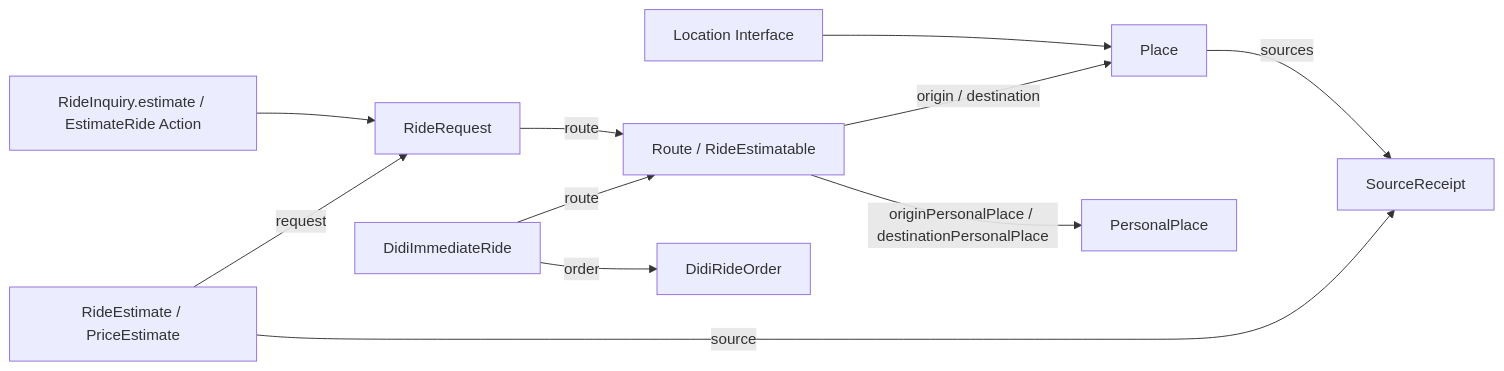
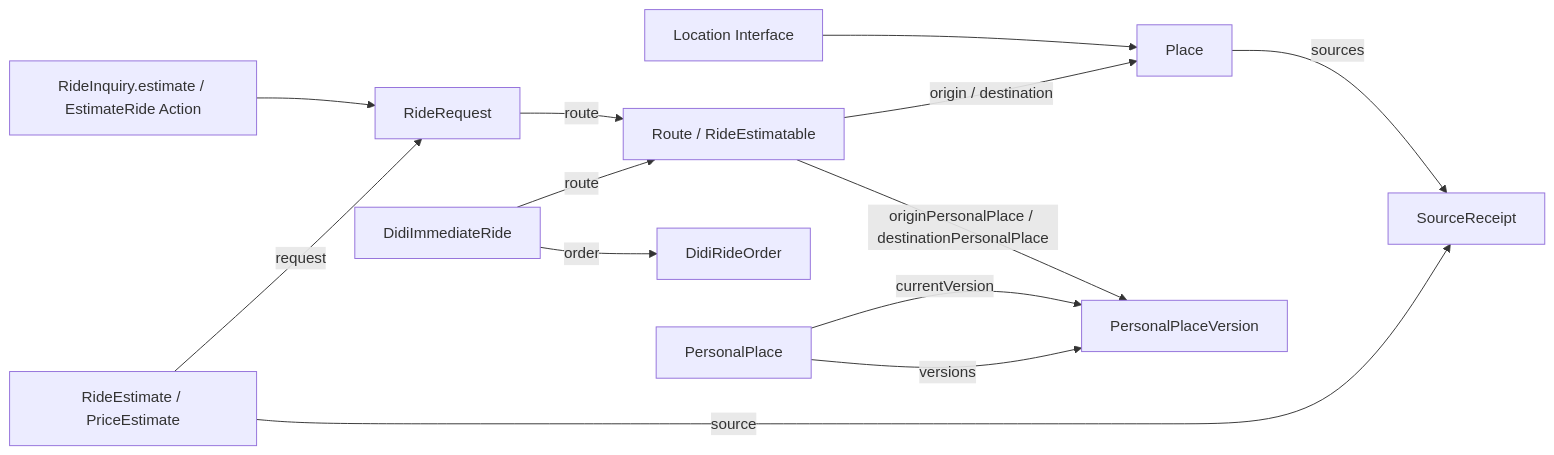
One commit to proerror77/eigos changed the second of 2 diagrams in docs/architecture/ontology.md. Above: the diagram before and after it, drawn with Mermaid. The commit also changed other lines of this file and 25 other files, not shown here.

Commit message:
Version confirmed addresses and preserve private route and checkout evidence

````diff
--- a/docs/architecture/ontology.md
+++ b/docs/architecture/ontology.md
@@ -90,13 +90,15 @@
 ```mermaid
 flowchart LR
     Location[Location Interface] --> Place[Place]
     Route[Route / RideEstimatable] -->|origin / destination| Place
     Decision[RideInquiry.estimate / EstimateRide Action] --> Request[RideRequest]
     Request -->|route| Route
     ImmediateRide[DidiImmediateRide] -->|route| Route
     ImmediateRide -->|order| Order[DidiRideOrder]
-    Route -->|originPersonalPlace / destinationPersonalPlace| PersonalPlace[PersonalPlace]
+    Route -->|originPersonalPlace / destinationPersonalPlace| PlaceVersion[PersonalPlaceVersion]
+    PersonalPlace[PersonalPlace] -->|currentVersion| PlaceVersion
+    PersonalPlace -->|versions| PlaceVersion
     Estimate[RideEstimate / PriceEstimate] -->|request| Request
     Estimate -->|source| Receipt[SourceReceipt]
     Place -->|sources| Receipt
 ```
````
